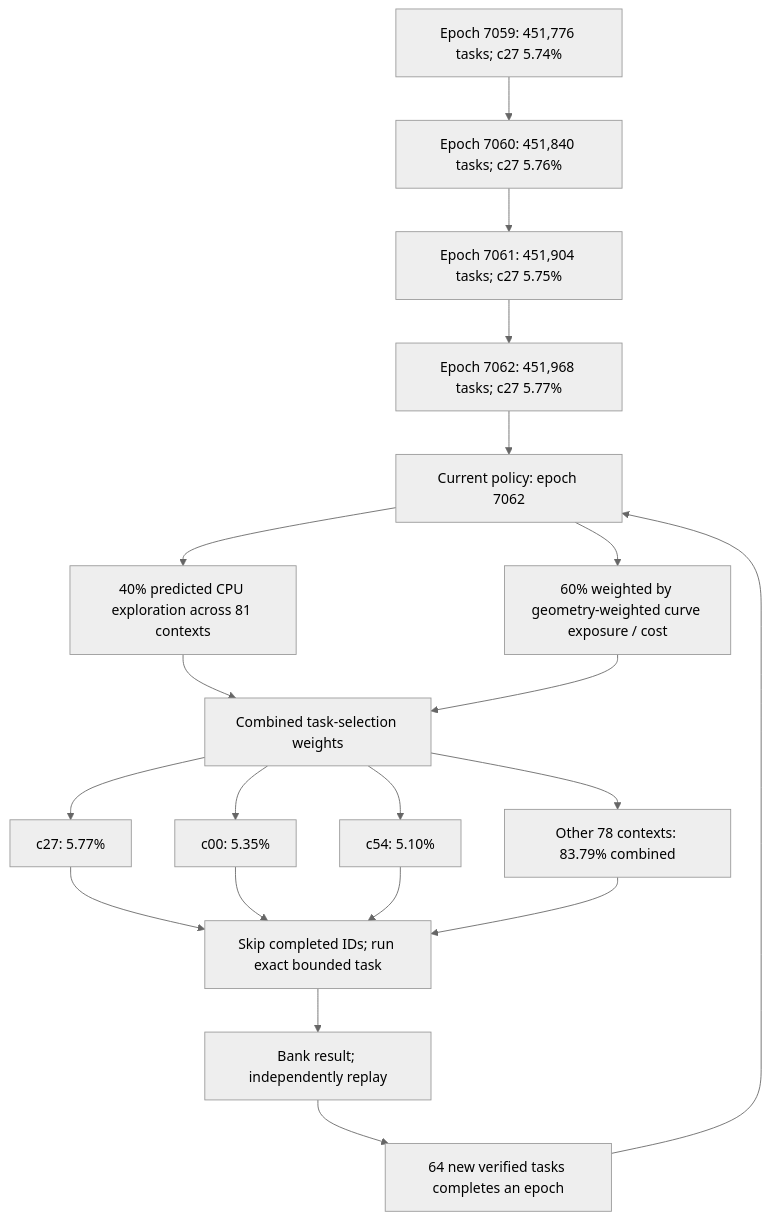
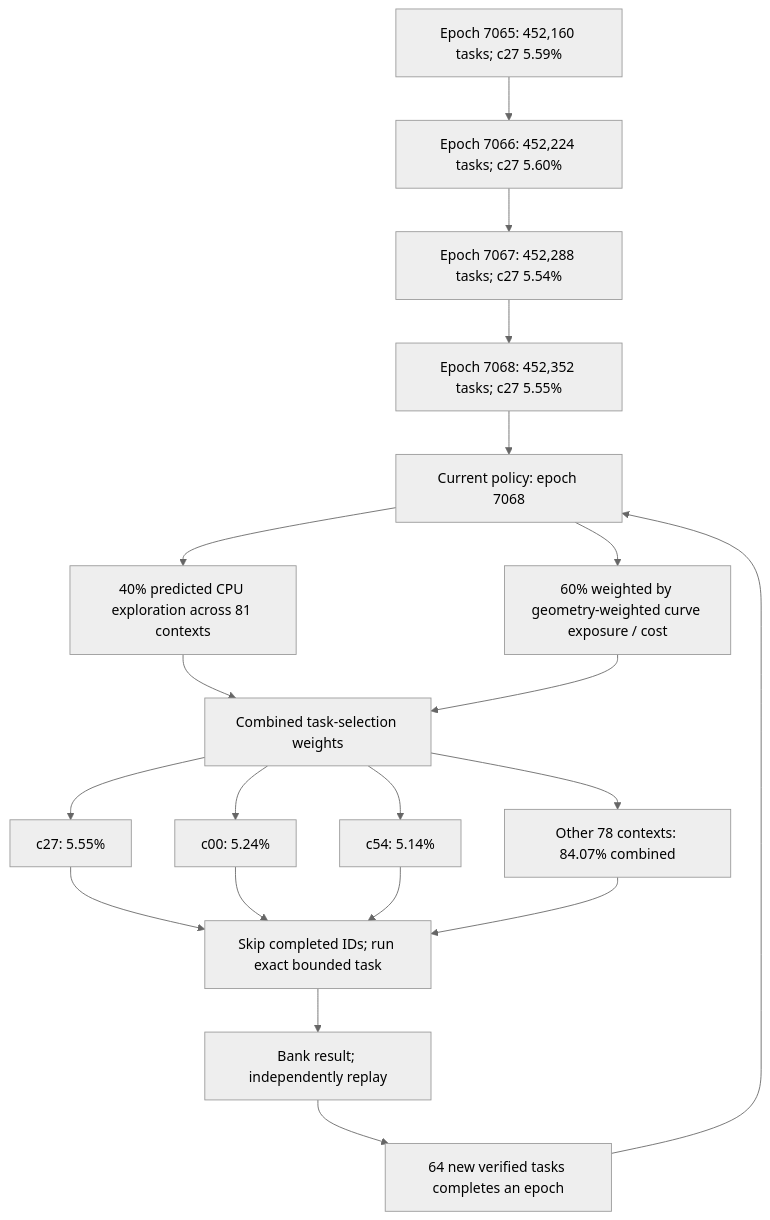
The first of 4 diagrams in README.md (Kuberwastaken/math-gambling), drawn with Mermaid (neutral theme) before and after one commit. The commit also changed other lines of this file and 1427 other files, not shown here.

````diff
--- a/README.md
+++ b/README.md
@@ -60,27 +60,27 @@
 ```mermaid
 flowchart TD
-    H0["Epoch 7059: 451,776 tasks; c27 5.74%"]
-    H1["Epoch 7060: 451,840 tasks; c27 5.76%"]
+    H0["Epoch 7065: 452,160 tasks; c27 5.59%"]
+    H1["Epoch 7066: 452,224 tasks; c27 5.60%"]
     H0 --> H1
-    H2["Epoch 7061: 451,904 tasks; c27 5.75%"]
+    H2["Epoch 7067: 452,288 tasks; c27 5.54%"]
     H1 --> H2
-    H3["Epoch 7062: 451,968 tasks; c27 5.77%"]
+    H3["Epoch 7068: 452,352 tasks; c27 5.55%"]
     H2 --> H3
-    Policy["Current policy: epoch 7062"]
+    Policy["Current policy: epoch 7068"]
     H3 --> Policy
     Policy --> Explore["40% predicted CPU exploration across 81 contexts"]
     Policy --> Cost["60% weighted by geometry-weighted curve exposure / cost"]
     Explore --> Mix["Combined task-selection weights"]
     Cost --> Mix
-    Mix --> C0["c27: 5.77%"]
-    Mix --> C1["c00: 5.35%"]
-    Mix --> C2["c54: 5.10%"]
-    Mix --> Rest["Other 78 contexts: 83.79% combined"]
+    Mix --> C0["c27: 5.55%"]
+    Mix --> C1["c00: 5.24%"]
+    Mix --> C2["c54: 5.14%"]
+    Mix --> Rest["Other 78 contexts: 84.07% combined"]
     C0 --> Check["Skip completed IDs; run exact bounded task"]
     C1 --> Check
     C2 --> Check
     Rest --> Check
     Check --> Replay["Bank result; independently replay"]
     Replay --> Gate["64 new verified tasks completes an epoch"]
     Gate --> Policy
 ```
````
